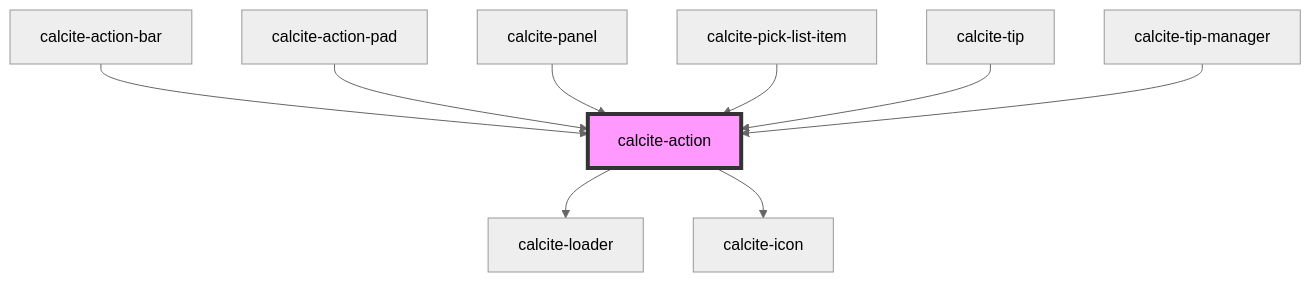
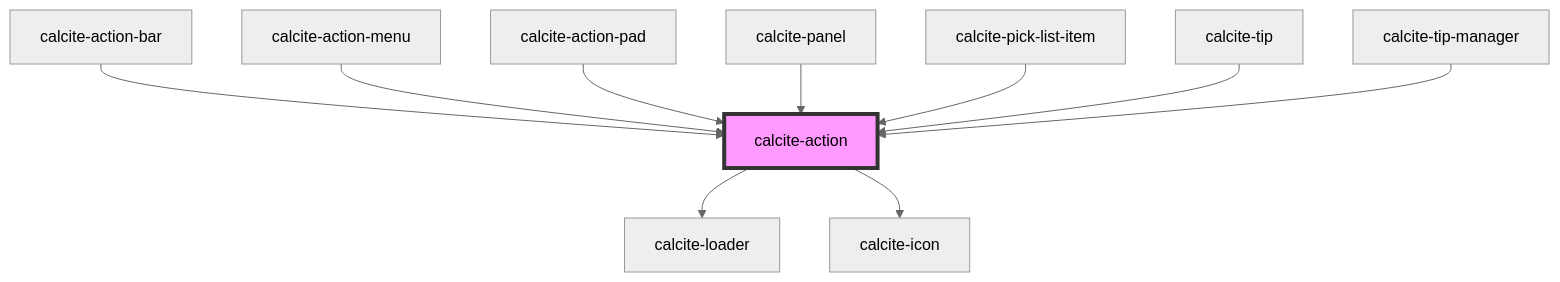
One commit to vikivakarvc/calcite-design-system changed the diagram in src/components/calcite-action/readme.md. Above: the diagram before and after it, drawn with Mermaid (neutral theme). The commit also changed other lines of this file and 60 other files, not shown here.

````diff
--- a/src/components/calcite-action/readme.md
+++ b/src/components/calcite-action/readme.md
@@ -85,12 +86,13 @@
 ```mermaid
 graph TD;
   calcite-action --> calcite-loader
   calcite-action --> calcite-icon
   calcite-action-bar --> calcite-action
+  calcite-action-menu --> calcite-action
   calcite-action-pad --> calcite-action
   calcite-panel --> calcite-action
   calcite-pick-list-item --> calcite-action
   calcite-tip --> calcite-action
   calcite-tip-manager --> calcite-action
   style calcite-action fill:#f9f,stroke:#333,stroke-width:4px
 ```
````
